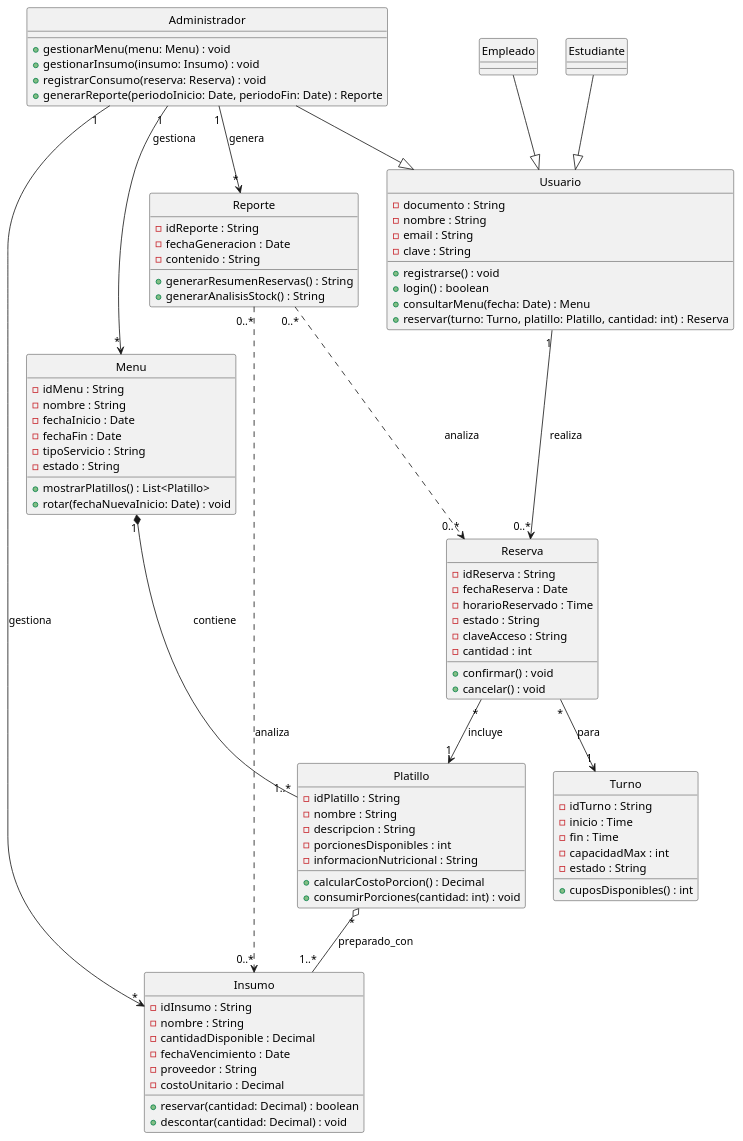
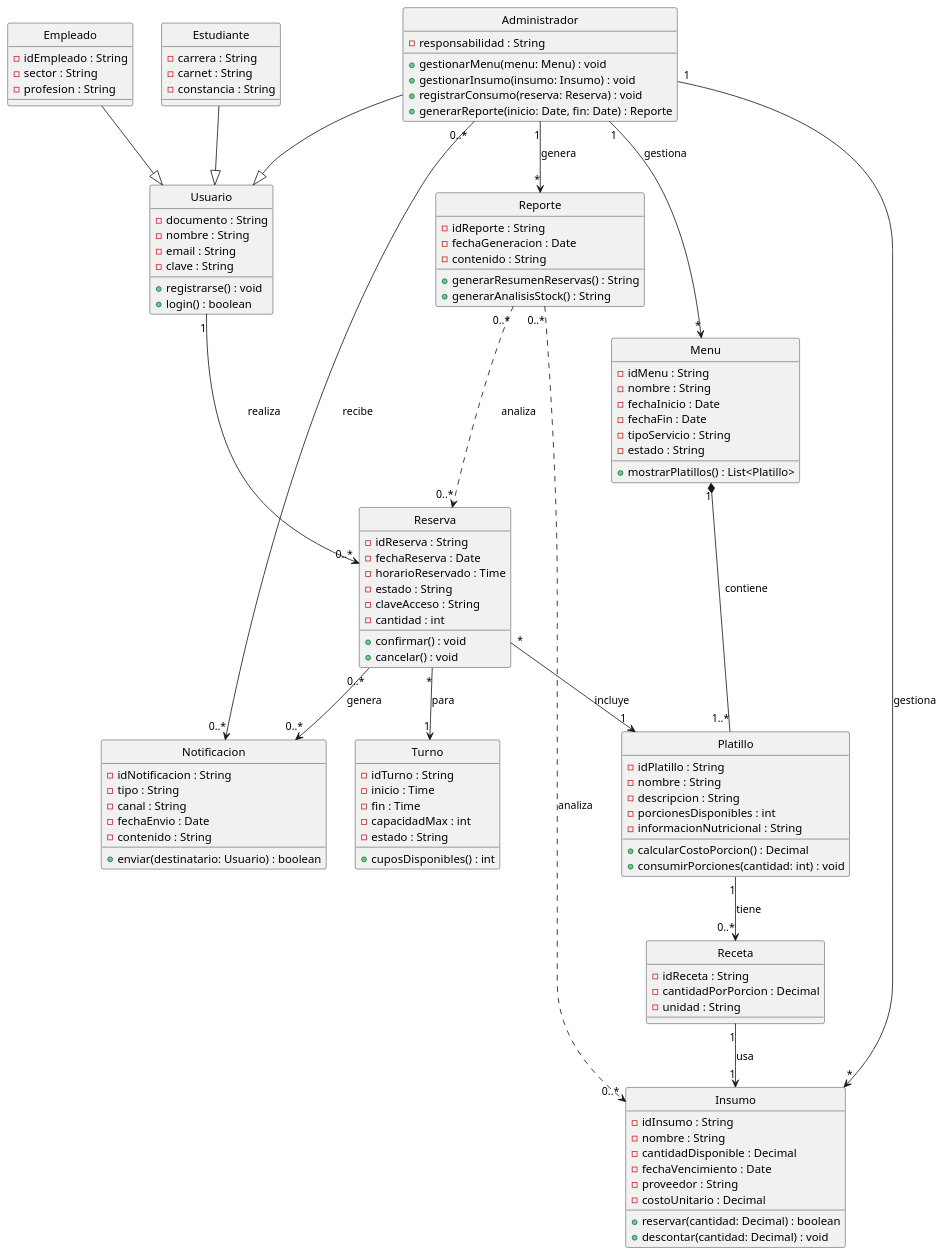
Before and after one commit to ARUSG178/proyecto-comedor-2-2025-grupo-12: the diagram in docs/diagrama_clases_temp.puml, drawn with PlantUML. The commit also changed 1 other file, not shown here.

```diff
--- a/docs/diagrama_clases_temp.puml
+++ b/docs/diagrama_clases_temp.puml
@@ -1,116 +1,136 @@
-@startuml Diagrama_Clases_Comedor
+@startuml Modelo_Clases
 hide circle
-
 
 ' --- Personas ---
 class Usuario {
     - documento : String
     - nombre : String
     - email : String
     - clave : String
-
     + registrarse() : void
     + login() : boolean
-    + consultarMenu(fecha: Date) : Menu
-    + reservar(turno: Turno, platillo: Platillo, cantidad: int) : Reserva
 }
 
-class Estudiante
-class Empleado
+class Estudiante {
+    - carrera : String
+    - carnet : String
+    - constancia : String
+}
+
+class Empleado {
+    - idEmpleado : String
+    - sector : String
+    - profesion : String
+}
+
 class Administrador {
+    - responsabilidad : String
     + gestionarMenu(menu: Menu) : void
     + gestionarInsumo(insumo: Insumo) : void
     + registrarConsumo(reserva: Reserva) : void
-    + generarReporte(periodoInicio: Date, periodoFin: Date) : Reporte
+    + generarReporte(inicio: Date, fin: Date) : Reporte
 }
 
 ' --- Comedor ---
 class Menu {
     - idMenu : String
     - nombre : String
     - fechaInicio : Date
     - fechaFin : Date
-    'DESAYUNO|ALMUERZO|CENA
-    - tipoServicio : String 
-    'BORRADOR|PUBLICADO|ARCHIVADO 
-    - estado : String        
-
+    - tipoServicio : String
+    - estado : String
     + mostrarPlatillos() : List<Platillo>
-    + rotar(fechaNuevaInicio: Date) : void
 }
 
 class Platillo {
     - idPlatillo : String
     - nombre : String
     - descripcion : String
     - porcionesDisponibles : int
     - informacionNutricional : String
-
     + calcularCostoPorcion() : Decimal
     + consumirPorciones(cantidad: int) : void
 }
 
 class Insumo {
     - idInsumo : String
     - nombre : String
     - cantidadDisponible : Decimal
     - fechaVencimiento : Date
     - proveedor : String
     - costoUnitario : Decimal
-
     + reservar(cantidad: Decimal) : boolean
     + descontar(cantidad: Decimal) : void
+}
+
+class Receta {
+    - idReceta : String
+    - cantidadPorPorcion : Decimal
+    - unidad : String
 }
 
 class Turno {
     - idTurno : String
     - inicio : Time
     - fin : Time
     - capacidadMax : int
     - estado : String
-
     + cuposDisponibles() : int
 }
 
 class Reserva {
     - idReserva : String
     - fechaReserva : Date
     - horarioReservado : Time
-    'VIGENTE|CANCELADA|CANJEADA
-    - estado : String        
+    - estado : String
     - claveAcceso : String
     - cantidad : int
-
     + confirmar() : void
     + cancelar() : void
 }
 
 class Reporte {
     - idReporte : String
     - fechaGeneracion : Date
     - contenido : String
-
     + generarResumenReservas() : String
     + generarAnalisisStock() : String
 }
 
-' --- Relaciones ---
+class Notificacion {
+    - idNotificacion : String
+    - tipo : String
+    - canal : String
+    - fechaEnvio : Date
+    - contenido : String
+    + enviar(destinatario: Usuario) : boolean
+}
+
+' --- Herencia ---
 Estudiante --|> Usuario
 Empleado --|> Usuario
 Administrador --|> Usuario
 
+' --- Relaciones ---
 Administrador "1" --> "*" Menu : gestiona
 Administrador "1" --> "*" Insumo : gestiona
 Administrador "1" --> "*" Reporte : genera
 
 Menu "1" *-- "1..*" Platillo : contiene
-'la receta define cantidades por porción
-Platillo "*" o-- "1..*" Insumo : preparado_con  
+
+' Receta como entidad que relaciona Platillo e Insumo
+Platillo "1" --> "0..*" Receta : tiene
+Receta "1" --> "1" Insumo : usa
+
 Usuario "1" --> "0..*" Reserva : realiza
 Reserva "*" --> "1" Turno : para
 Reserva "*" --> "1" Platillo : incluye
 
 Reporte "0..*" ..> "0..*" Reserva : analiza
 Reporte "0..*" ..> "0..*" Insumo : analiza
 
+' Notificaciones vinculadas a acciones (registro opcional)
+Reserva "0..*" --> "0..*" Notificacion : genera
+Administrador "0..*" --> "0..*" Notificacion : recibe
+
 @enduml
```
